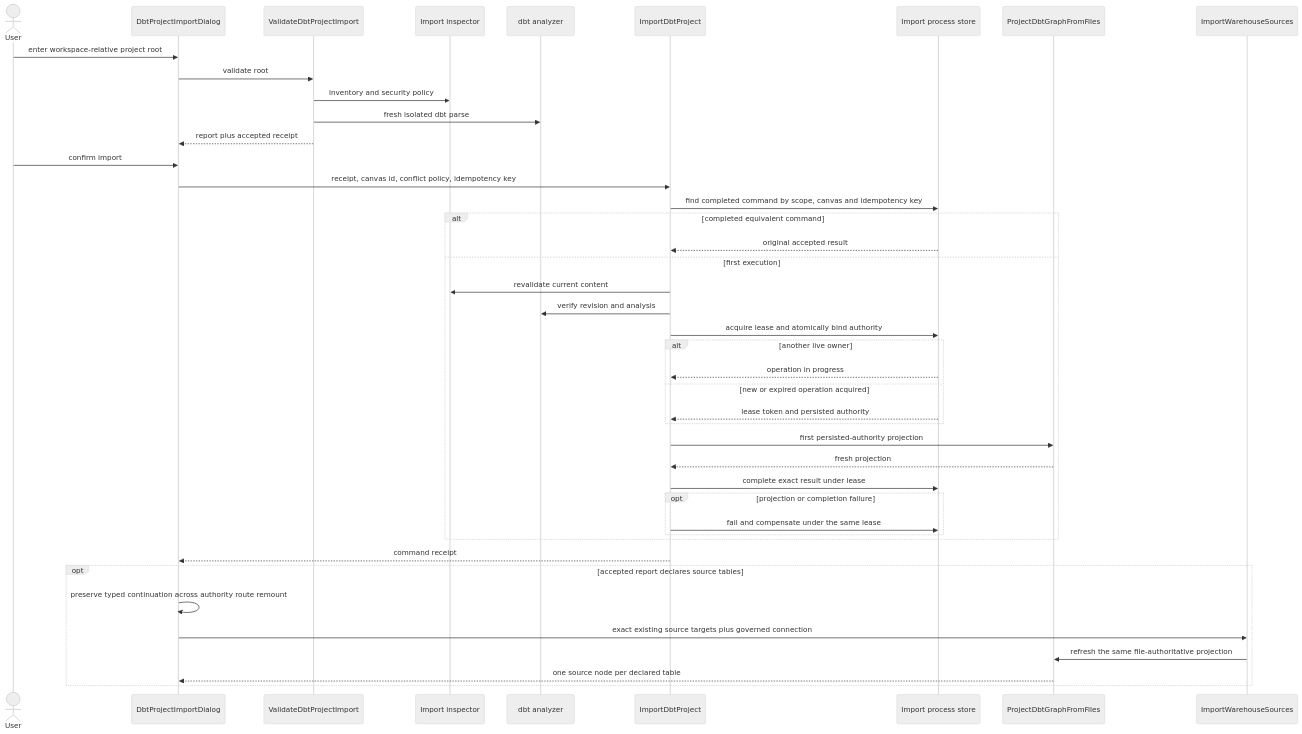
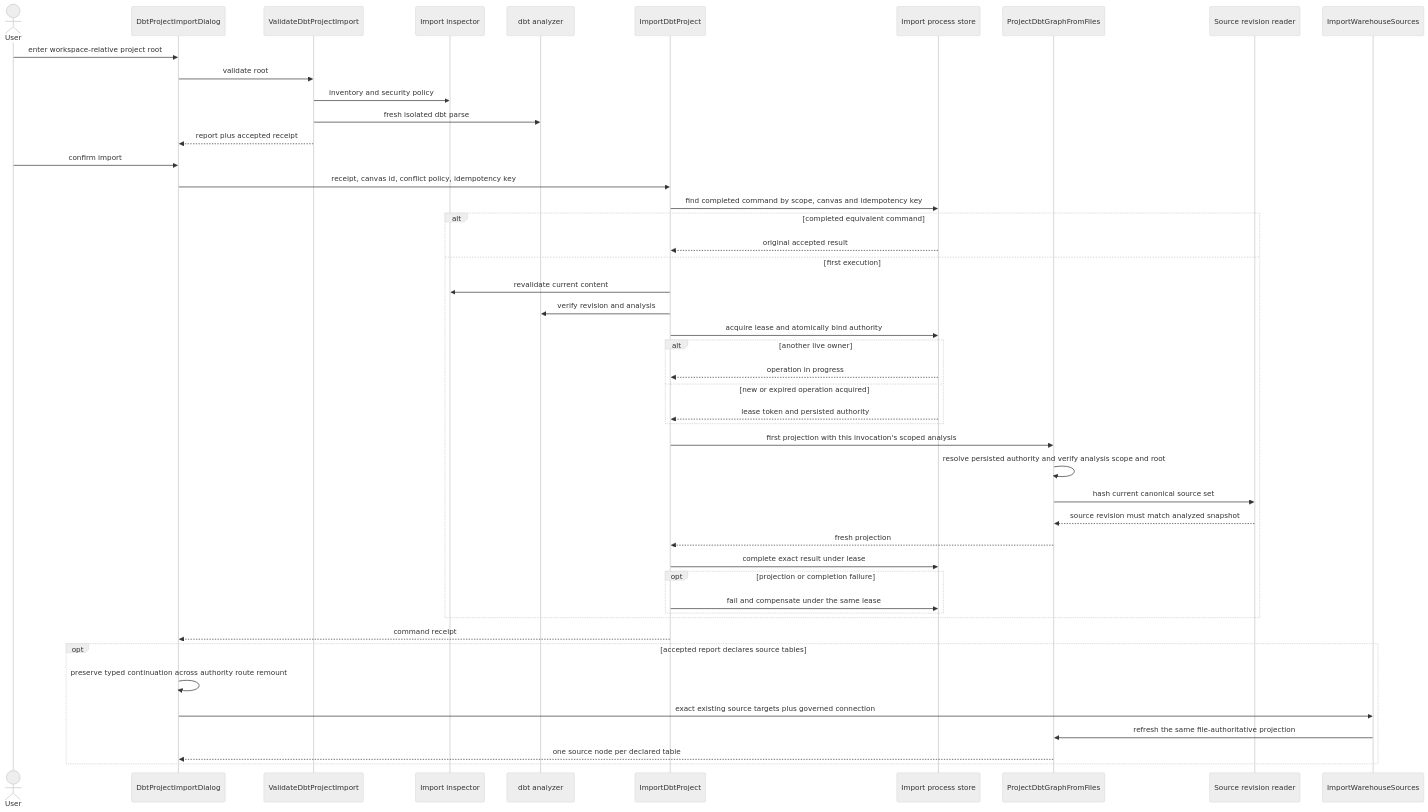
The fifth of 6 diagrams in docs/architecture/components/web/graph/dbt-project-import-and-source-authority-component.md (dunay2/dvt), drawn with Mermaid (neutral theme) before and after one commit. The commit also changed other lines of this file and 15 other files, not shown here.

Commit message:
perf(api): Reuse fresh dbt analysis during project import

````diff
--- a/docs/architecture/components/web/graph/dbt-project-import-and-source-authority-component.md
+++ b/docs/architecture/components/web/graph/dbt-project-import-and-source-authority-component.md
@@ -215,46 +215,50 @@
 ```mermaid
 sequenceDiagram
   actor User
   participant UI as DbtProjectImportDialog
   participant Validate as ValidateDbtProjectImport
   participant Inspect as Import inspector
   participant Analyze as dbt analyzer
   participant Import as ImportDbtProject
   participant Process as Import process store
   participant Graph as ProjectDbtGraphFromFiles
+  participant Revision as Source revision reader
   participant Source as ImportWarehouseSources
 
   User->>UI: enter workspace-relative project root
   UI->>Validate: validate root
   Validate->>Inspect: inventory and security policy
   Validate->>Analyze: fresh isolated dbt parse
   Validate-->>UI: report plus accepted receipt
   User->>UI: confirm import
   UI->>Import: receipt, canvas id, conflict policy, idempotency key
   Import->>Process: find completed command by scope, canvas and idempotency key
   alt completed equivalent command
     Process-->>Import: original accepted result
   else first execution
     Import->>Inspect: revalidate current content
     Import->>Analyze: verify revision and analysis
     Import->>Process: acquire lease and atomically bind authority
     alt another live owner
       Process-->>Import: operation in progress
     else new or expired operation acquired
       Process-->>Import: lease token and persisted authority
     end
-    Import->>Graph: first persisted-authority projection
+    Import->>Graph: first projection with this invocation's scoped analysis
+    Graph->>Graph: resolve persisted authority and verify analysis scope and root
+    Graph->>Revision: hash current canonical source set
+    Revision-->>Graph: source revision must match analyzed snapshot
     Graph-->>Import: fresh projection
     Import->>Process: complete exact result under lease
     opt projection or completion failure
       Import->>Process: fail and compensate under the same lease
     end
   end
   Import-->>UI: command receipt
   opt accepted report declares source tables
     UI->>UI: preserve typed continuation across authority route remount
     UI->>Source: exact existing source targets plus governed connection
     Source->>Graph: refresh the same file-authoritative projection
     Graph-->>UI: one source node per declared table
   end
 ```
````
